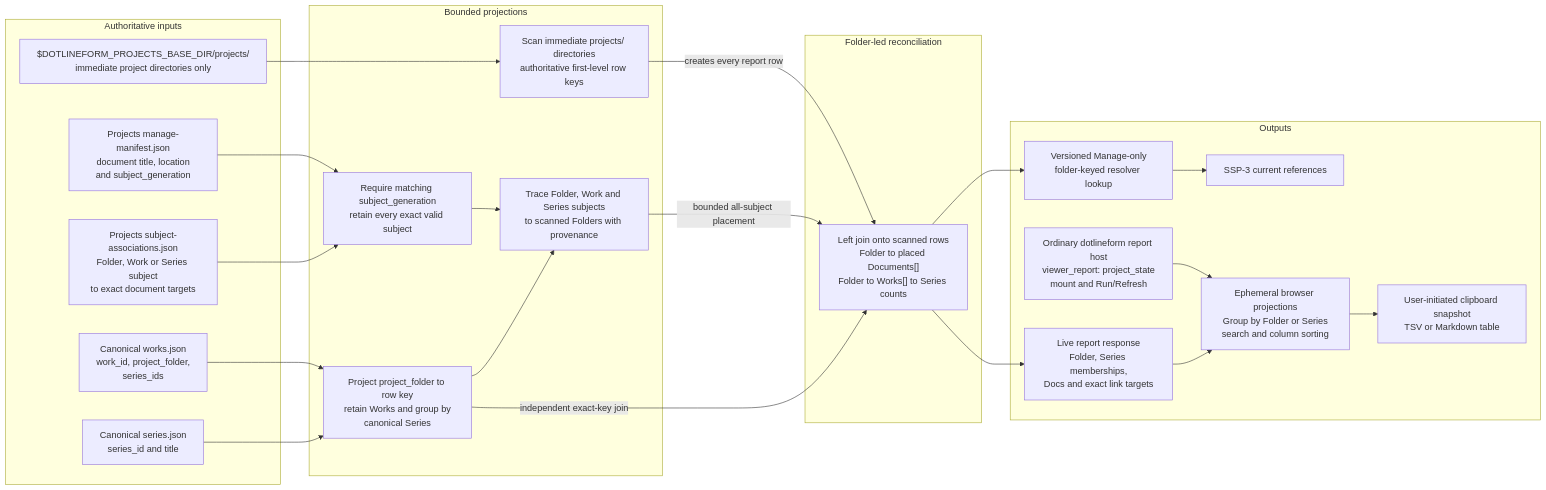
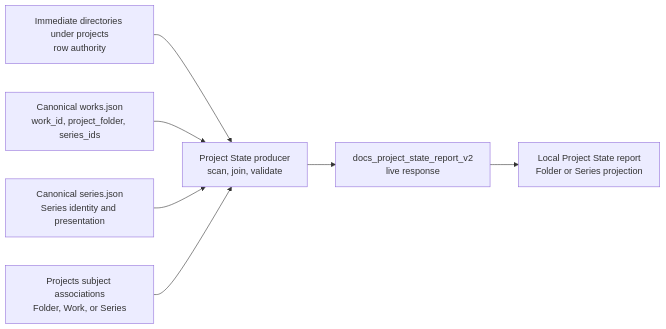
One commit to dotlineform/dotlineform-site changed the diagram in docs-viewer/scopes/studio/source/documents/d-20260802-121105-c574f9.md. Above: the diagram before and after it, drawn with Mermaid. The commit also changed other lines of this file and 48 other files, not shown here.

````diff
--- a/docs-viewer/scopes/studio/source/documents/d-20260802-121105-c574f9.md
+++ b/docs-viewer/scopes/studio/source/documents/d-20260802-121105-c574f9.md
@@ -42,48 +19,19 @@
 ```mermaid
 flowchart LR
-    accTitle: Project State report data flow
-    accDescr: The projects folder scan establishes the real-folder rows. Canonical Works join by exact project folder, then exact Folder, Work and Series document subjects trace into those established rows with provenance.
+    accTitle: Project State ownership and report flow
+    accDescr: A bounded physical-folder scan establishes rows; canonical catalogue data and normalized Project document subjects supply read-only relationships; one live response supplies the local report.
 
-    subgraph inputs["Authoritative inputs"]
-        folders["$DOTLINEFORM_PROJECTS_BASE_DIR/projects/<br/>immediate project directories only"]
-        projectManifest["Projects manage-manifest.json<br/>document title, location<br/>and subject_generation"]
-        associations["Projects subject-associations.json<br/>Folder, Work or Series subject<br/>to exact document targets"]
-        works["Canonical works.json<br/>work_id, project_folder,<br/>series_ids"]
-        series["Canonical series.json<br/>series_id and title"]
-    end
+    folders["Immediate directories under projects<br/>row authority"]
+    works["Canonical works.json<br/>work_id, project_folder, series_ids"]
+    series["Canonical series.json<br/>Series identity and presentation"]
+    subjects["Projects subject associations<br/>Folder, Work, or Series"]
+    producer["Project State producer<br/>scan, join, validate"]
+    response["docs_project_state_report_v2<br/>live response"]
+    report["Local Project State report<br/>Folder or Series projection"]
 
-    subgraph projections["Bounded projections"]
-        scannedRows["Scan immediate projects/ directories<br/>authoritative first-level row keys"]
-        docsBySubject["Require matching subject_generation<br/>retain every exact valid subject"]
-        worksByFolder["Project project_folder to row key<br/>retain Works and group by<br/>canonical Series"]
-        documentPlacements["Trace Folder, Work and Series subjects<br/>to scanned Folders with provenance"]
-    end
-
-    subgraph reconciliation["Folder-led reconciliation"]
-        join["Left join onto scanned rows<br/>Folder to placed Documents[]<br/>Folder to Works[] to Series counts"]
-    end
-
-    subgraph outputs["Outputs"]
-        liveResult["Live report response<br/>Folder, Series memberships,<br/>Docs and exact link targets"]
-        reportHost["Ordinary dotlineform report host<br/>viewer_report: project_state<br/>mount and Run/Refresh"]
-        browserRows["Ephemeral browser projections<br/>Group by Folder or Series<br/>search and column sorting"]
-        clipboard["User-initiated clipboard snapshot<br/>TSV or Markdown table"]
-        folderLookup["Versioned Manage-only<br/>folder-keyed resolver lookup"]
-        resolver["SSP-3 current references"]
-    end
-
-    folders --> scannedRows
-    scannedRows -->|"creates every report row"| join
-    projectManifest --> docsBySubject
-    associations --> docsBySubject
-    works --> worksByFolder
-    series --> worksByFolder
-    worksByFolder -->|"independent exact-key join"| join
-    docsBySubject --> documentPlacements
-    worksByFolder --> documentPlacements
-    documentPlacements -->|"bounded all-subject placement"| join
-    reportHost --> browserRows
-    join --> liveResult --> browserRows
-    browserRows --> clipboard
-    join --> folderLookup --> resolver
+    folders --> producer
+    works --> producer
+    series --> producer
+    subjects --> producer
+    producer --> response --> report
 ```
````
